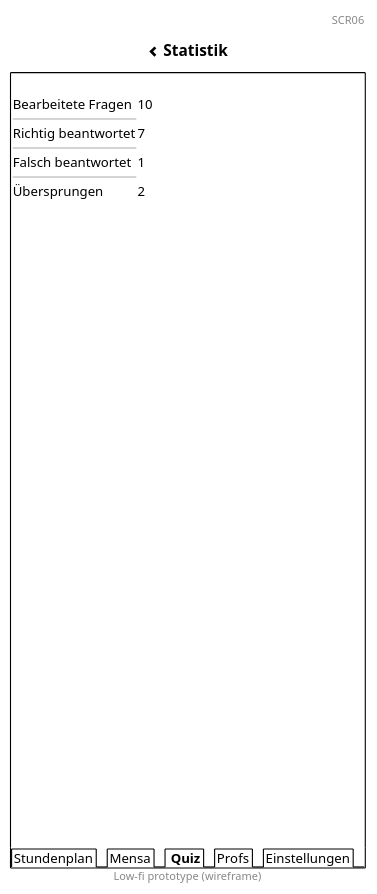
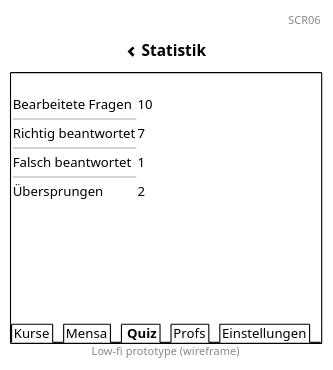
One commit to RobinNunkesser/plantuml changed the diagram in scr6.pu. Above: the diagram before and after it, drawn with PlantUML. The commit also changed 5 other files, not shown here.

```diff
--- a/scr6.pu
+++ b/scr6.pu
@@ -1,51 +1,25 @@
 @startsalt
 title <&chevron-left> Statistik
 header SCR06
 footer Low-fi prototype (wireframe)
 {+
 {
     .    
     Bearbeitete Fragen | 10
     ----
     Richtig beantwortet | 7
     ----
     Falsch beantwortet | 1
     ----
     Übersprungen | 2
     .
     .
     .
     .
     .
     .
-    .
-    .
-    .
-    .
-    .
-    .
-    .
-    .
-    .
-    .
-    .
-    .
-    .
-    .
-    .
-    .
-    .
-    .
-    .
-    .
-    .
-    .
-    .
-    .
-    .
-    .
 }
-{/ Stundenplan | Mensa | <b> Quiz | Profs | Einstellungen }
+{/ Kurse | Mensa | <b> Quiz | Profs | Einstellungen }
 }
 
 @endsalt
```
